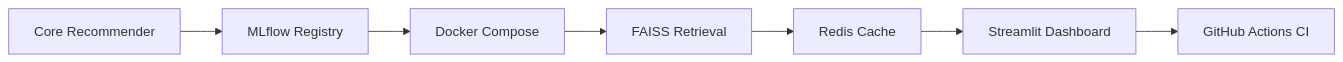
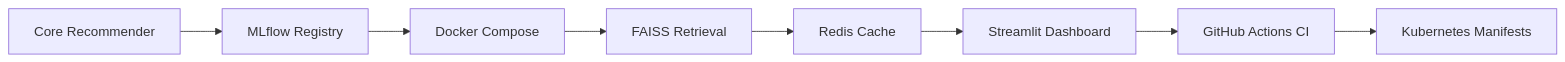
Before and after one commit to vdfs89/TwinRankAI: the second of 2 diagrams in docs/architecture.md, drawn with Mermaid. The commit also changed other lines of this file and 6 other files, not shown here.

````diff
--- a/docs/architecture.md
+++ b/docs/architecture.md
@@ -60,9 +70,10 @@
 ```mermaid
 flowchart LR
     A[Core Recommender] --> B[MLflow Registry]
     B --> C[Docker Compose]
     C --> D[FAISS Retrieval]
     D --> E[Redis Cache]
     E --> F[Streamlit Dashboard]
     F --> G[GitHub Actions CI]
+    G --> H[Kubernetes Manifests]
 ```
````
